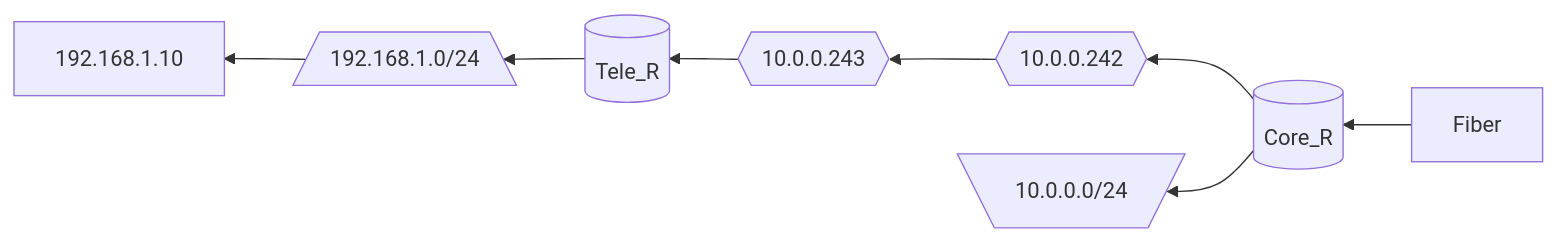
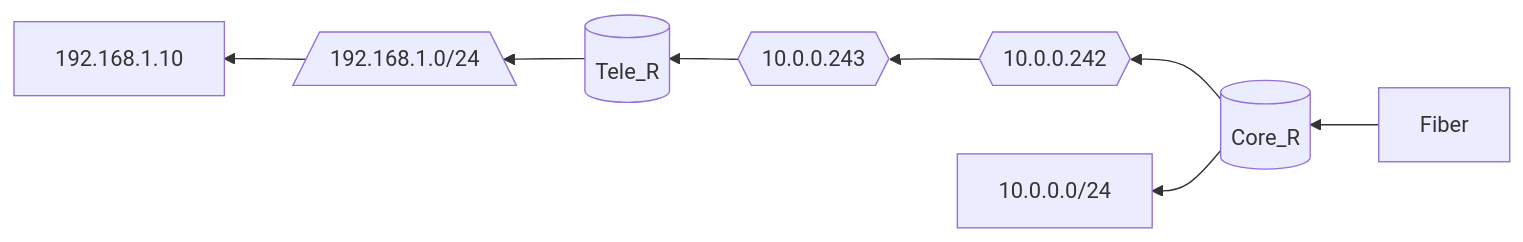
One commit to notkasim/DOCS changed the second of 2 diagrams in Topology.md. Above: the diagram before and after it, drawn with Mermaid.

````diff
--- a/Topology.md
+++ b/Topology.md
@@ -19,22 +19,21 @@
 ```mermaid
 graph RL;
     core[(Core_R)]
     tele2[(Tele_R)]
     core_link{{10.0.0.242}}
     tele2_link{{10.0.0.243}}
-    core_net[\10.0.0.0/24/]
     tele2_net[/192.168.1.0/24\]
 
     Fiber-->core;
-    core-->core_net;
+    core-->10.0.0.0/24;
     core-->core_link;
     core_link-->tele2_link;
     tele2_link-->tele2;
     tele2-->tele2_net-->192.168.1.10;
 
 
 
 
 
 
 ```
````
